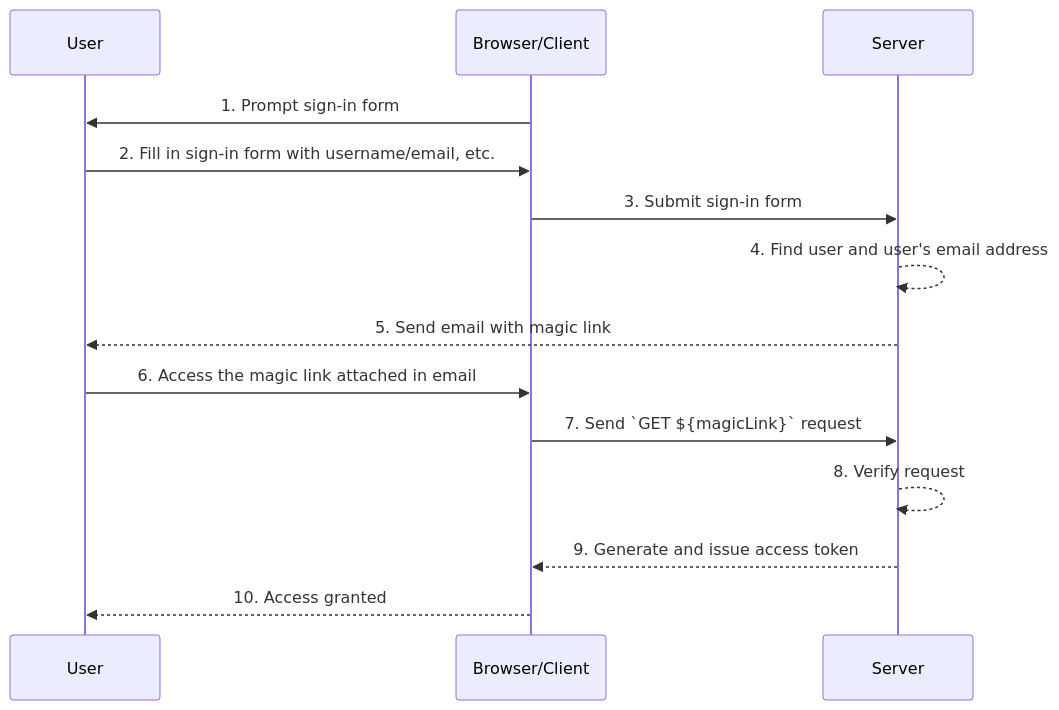
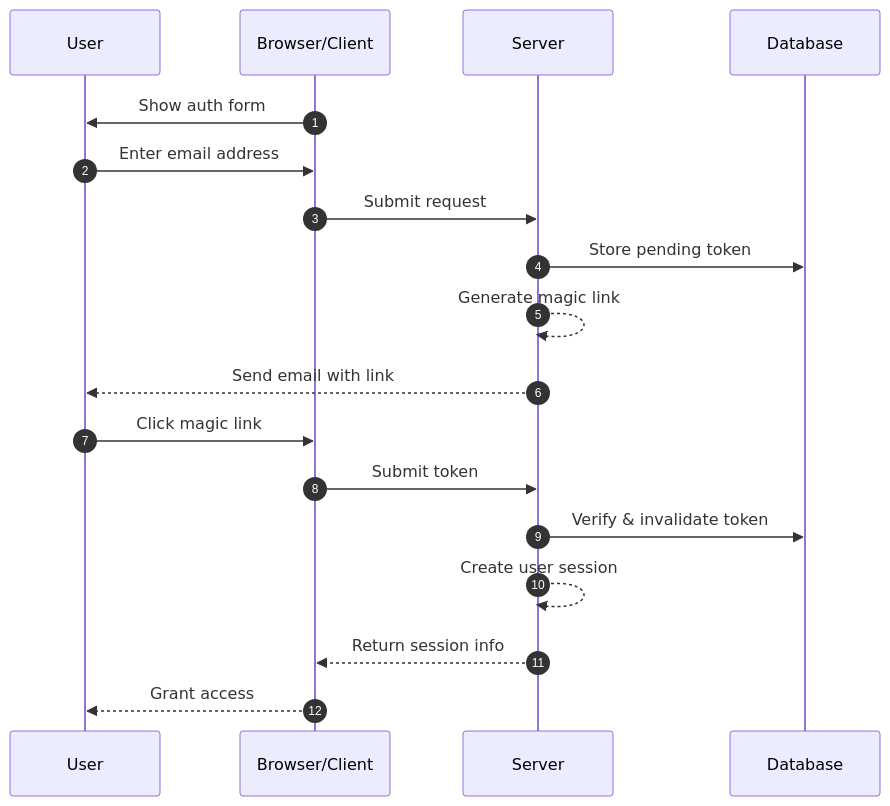
One commit to logto-io/auth-wiki changed the first of 2 diagrams in src/content/terms/en/magic-link.mdx. Above: the diagram before and after it, drawn with Mermaid. The commit also changed other lines of this file, not shown here.

Commit message:
refactor: update magic link (#88)

````diff
--- a/src/content/terms/en/magic-link.mdx
+++ b/src/content/terms/en/magic-link.mdx
@@ -31,16 +17,20 @@
 ```mermaid
 sequenceDiagram
+    autonumber
     participant U as User
     participant B as Browser/Client
     participant S as Server
-    B->>U: 1. Prompt sign-in form
-    U->>B: 2. Fill in sign-in form with username/email, etc.
-    B->>S: 3. Submit sign-in form
-    S-->>S: 4. Find user and user's email address
-    S-->>U: 5. Send email with magic link
-    U->>B: 6. Access the magic link attached in email
-    B->>S: 7. Send `GET ${magicLink}` request
-    S-->>S: 8. Verify request
-    S-->>B: 9. Generate and issue access token
-    B-->>U: 10. Access granted
+    participant D as Database
+    B->>U: Show auth form
+    U->>B: Enter email address
+    B->>S: Submit request
+    S->>D: Store pending token
+    S-->>S: Generate magic link
+    S-->>U: Send email with link
+    U->>B: Click magic link
+    B->>S: Submit token
+    S->>D: Verify & invalidate token
+    S-->>S: Create user session
+    S-->>B: Return session info
+    B-->>U: Grant access
 ```
````
